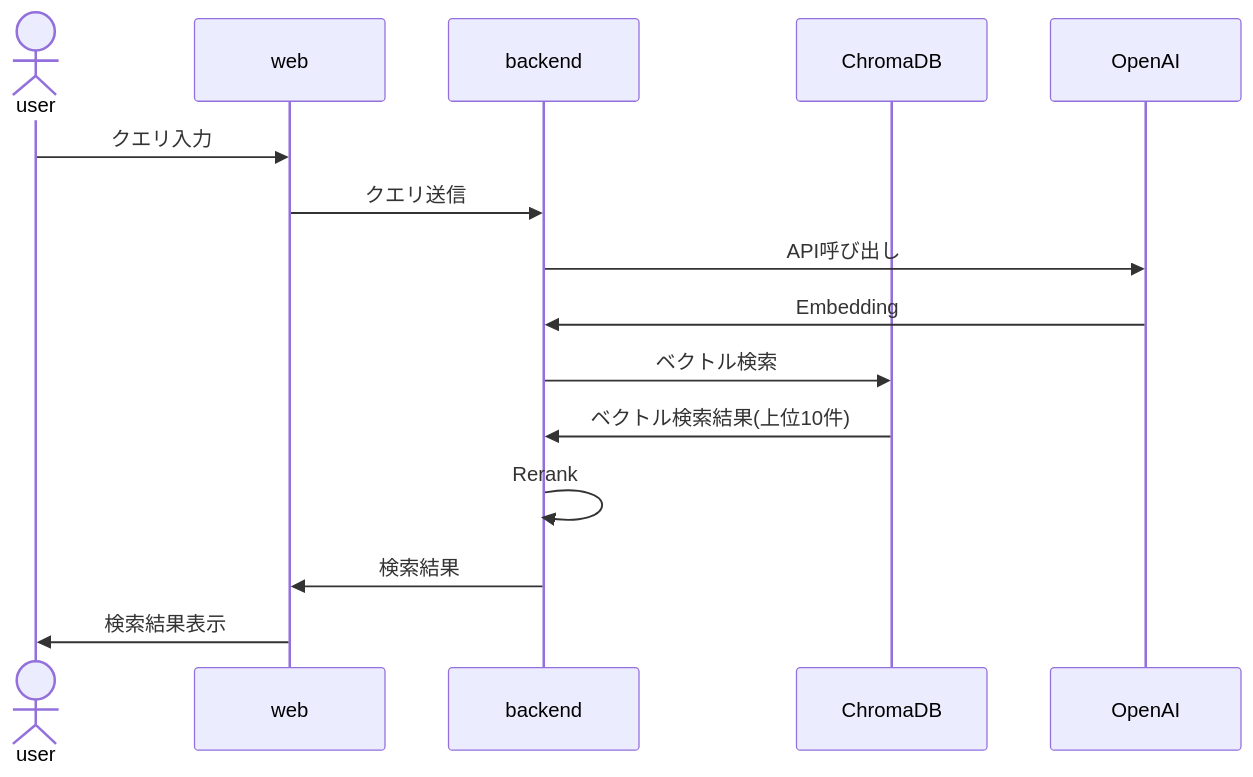
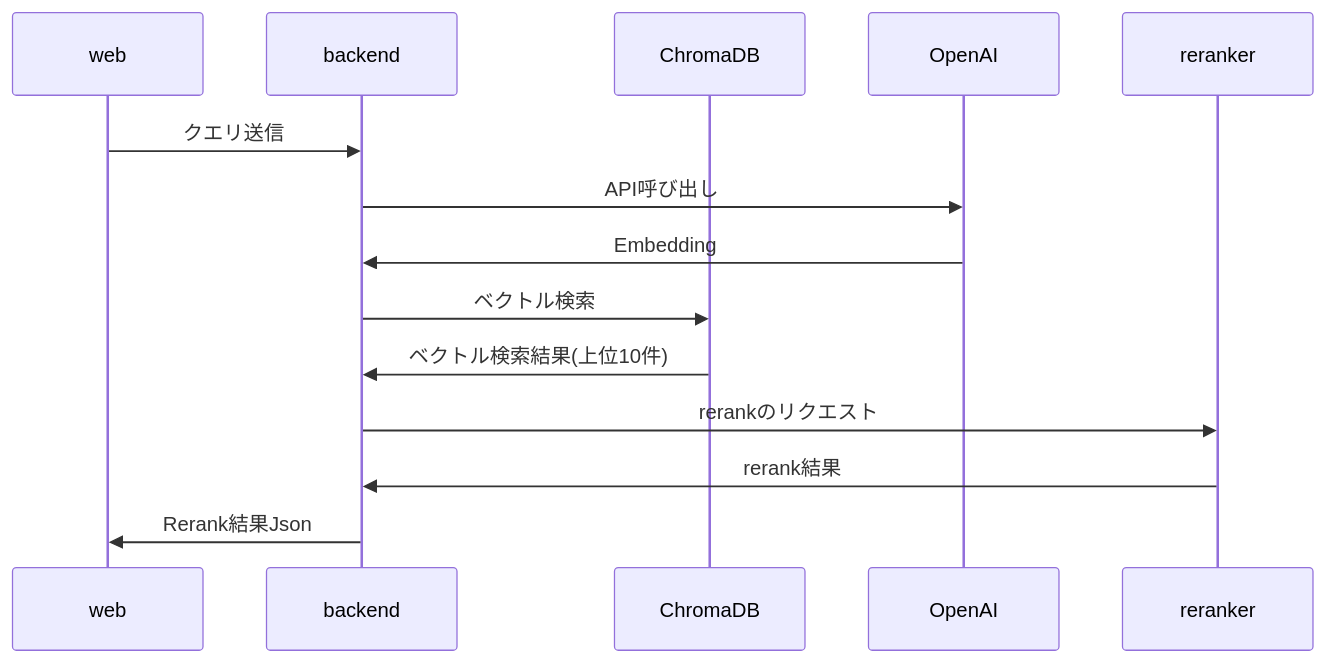
Before and after one commit to you22fy/rag_and_rerank_app: the diagram in README.md, drawn with Mermaid. The commit also changed 1 other file, not shown here.

Commit message:
fix: sequence diagram

````diff
--- a/README.md
+++ b/README.md
@@ -5,18 +5,17 @@
 ```mermaid
 sequenceDiagram
-    actor user
     participant web
     participant backend
     participant ChromaDB
     participant OpenAI
+    participant reranker
 
-    user ->> web: クエリ入力
     web ->> backend: クエリ送信
     backend ->> OpenAI: API呼び出し
     OpenAI ->> backend: Embedding
     backend ->> ChromaDB: ベクトル検索
     ChromaDB ->> backend: ベクトル検索結果(上位10件)
-    backend ->> backend: Rerank
-    backend ->> web: 検索結果
-    web ->> user: 検索結果表示
+    backend ->> reranker: rerankのリクエスト
+    reranker ->> backend: rerank結果
+    backend ->> web: Rerank結果Json
 ```
````
